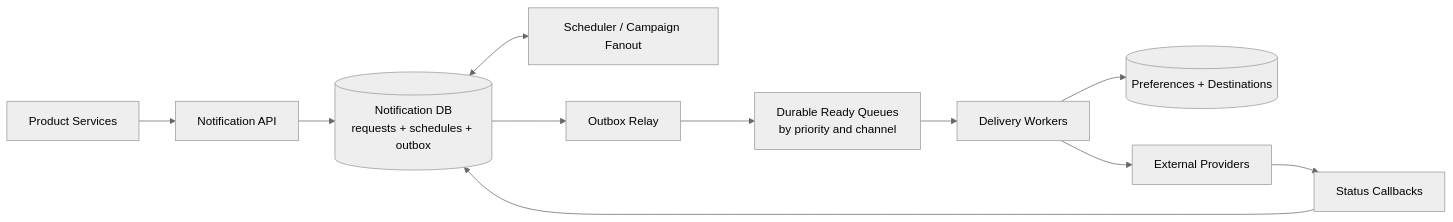
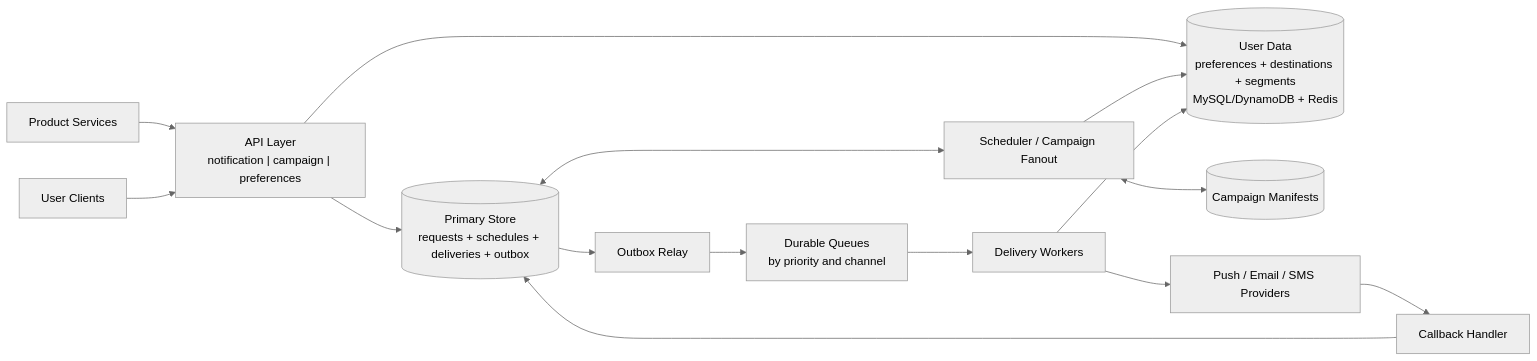
The second of 6 diagrams in notification_system_design.md (ying8020/SD), drawn with Mermaid (neutral theme) before and after one commit. The commit also changed other lines of this file, not shown here.

Commit message:
Clarify notification API workflows

````diff
--- a/notification_system_design.md
+++ b/notification_system_design.md
@@ -211,13 +211,19 @@
 ```mermaid
 flowchart LR
-    A["Product Services"] --> API["Notification API"]
-    API --> DB[("Notification DB<br/>requests + schedules + outbox")]
+    A["Product Services"] --> API["API Layer<br/>notification | campaign | preferences"]
+    U["User Clients"] --> API
+
+    API --> DB[("Primary Store<br/>requests + schedules + deliveries + outbox")]
+    API --> UD[("User Data<br/>preferences + destinations + segments<br/>MySQL/DynamoDB + Redis")]
+
     DB <--> SF["Scheduler / Campaign Fanout"]
+    SF --> UD
+    SF <--> M[("Campaign Manifests")]
     DB --> R["Outbox Relay"]
-    R --> Q["Durable Ready Queues<br/>by priority and channel"]
+    R --> Q["Durable Queues<br/>by priority and channel"]
     Q --> W["Delivery Workers"]
-    W --> P[("Preferences + Destinations")]
-    W --> X["External Providers"]
-    X --> C["Status Callbacks"]
-    C --> DB
+    W --> UD
+    W --> X["Push / Email / SMS Providers"]
+    X --> CB["Callback Handler"]
+    CB --> DB
 ```
````
